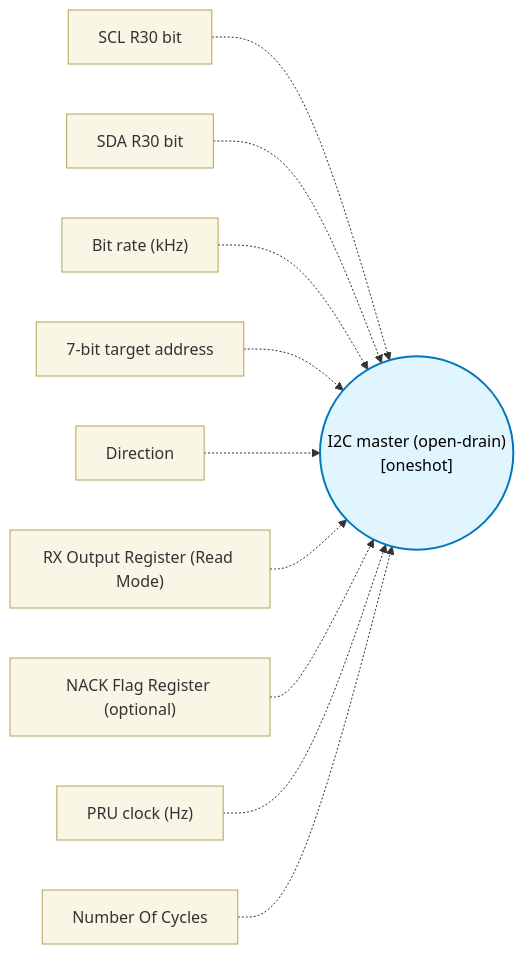
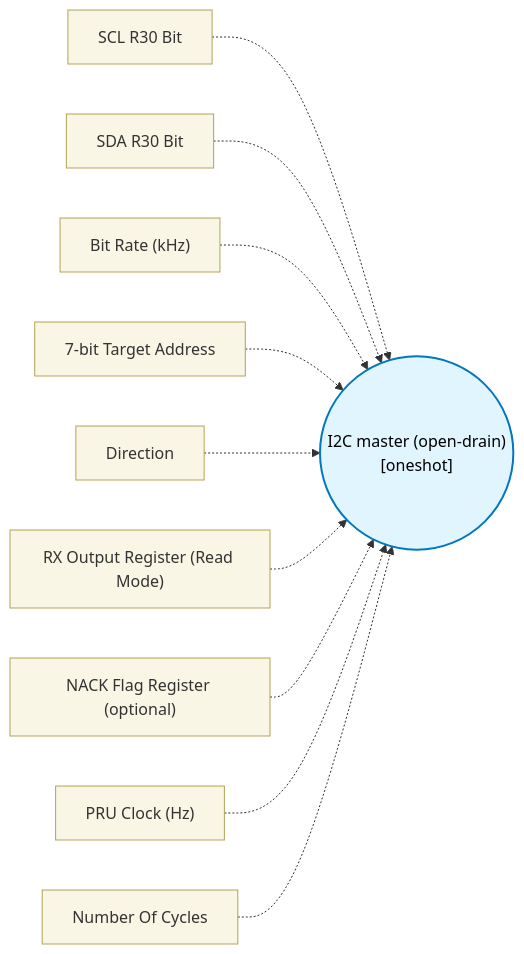
The diagram in docs/block-reference/blocks/i2c_block/design.md (TexasInstruments/pru-no-code-tool), drawn with Mermaid before and after one commit. The commit also changed other lines of this file and 89 other files, not shown here.

````diff
--- a/docs/block-reference/blocks/i2c_block/design.md
+++ b/docs/block-reference/blocks/i2c_block/design.md
@@ -11,15 +11,15 @@
 ```mermaid
 flowchart LR
   classDef config fill:#f9f6e5,stroke:#b1a457,stroke-width:1px,color:#333;
   classDef core fill:#e1f5fe,stroke:#0277bd,stroke-width:2px,color:#000;
   CORE(("I2C master (open-drain)\n[oneshot]")):::core
-  CFG0["SCL R30 bit"]:::config -.-> CORE
-  CFG1["SDA R30 bit"]:::config -.-> CORE
-  CFG2["Bit rate (kHz)"]:::config -.-> CORE
-  CFG3["7-bit target address"]:::config -.-> CORE
+  CFG0["SCL R30 Bit"]:::config -.-> CORE
+  CFG1["SDA R30 Bit"]:::config -.-> CORE
+  CFG2["Bit Rate (kHz)"]:::config -.-> CORE
+  CFG3["7-bit Target Address"]:::config -.-> CORE
   CFG4["Direction"]:::config -.-> CORE
   CFG5["RX Output Register (Read Mode)"]:::config -.-> CORE
   CFG6["NACK Flag Register (optional)"]:::config -.-> CORE
-  CFG7["PRU clock (Hz)"]:::config -.-> CORE
+  CFG7["PRU Clock (Hz)"]:::config -.-> CORE
   CFG8["Number Of Cycles"]:::config -.-> CORE
 ```
````
